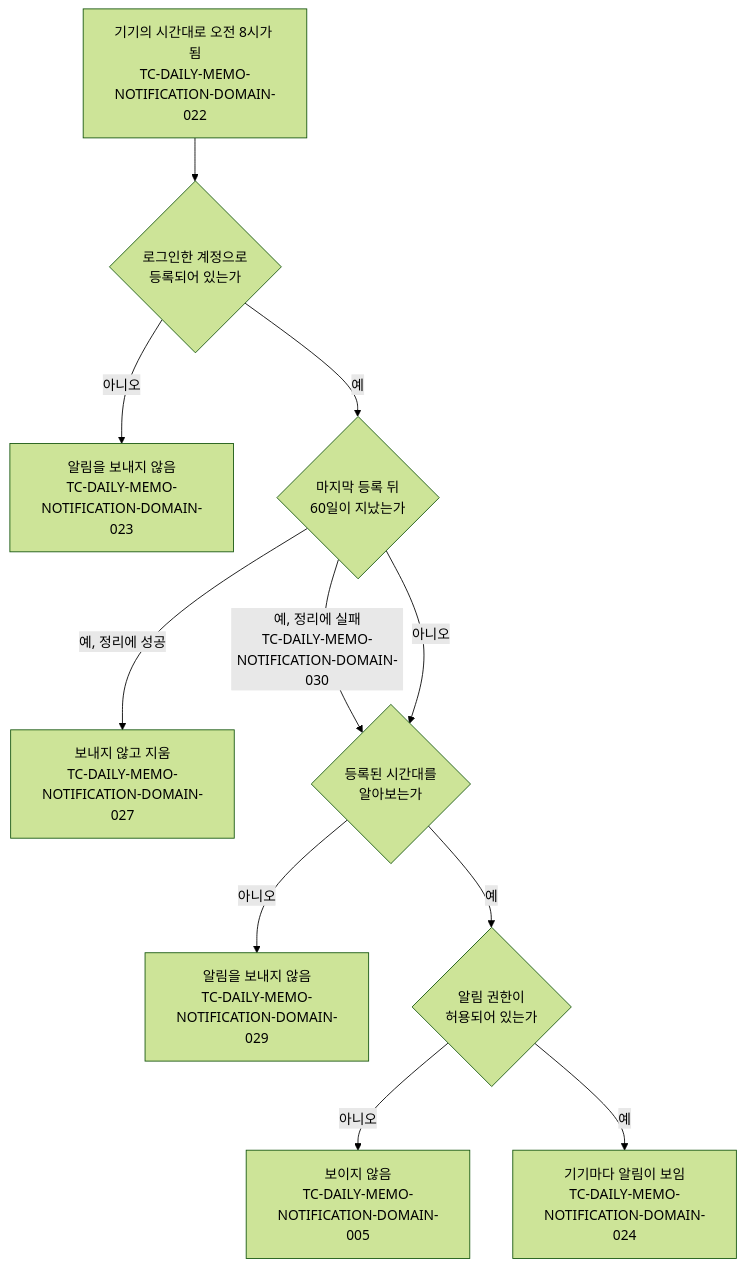
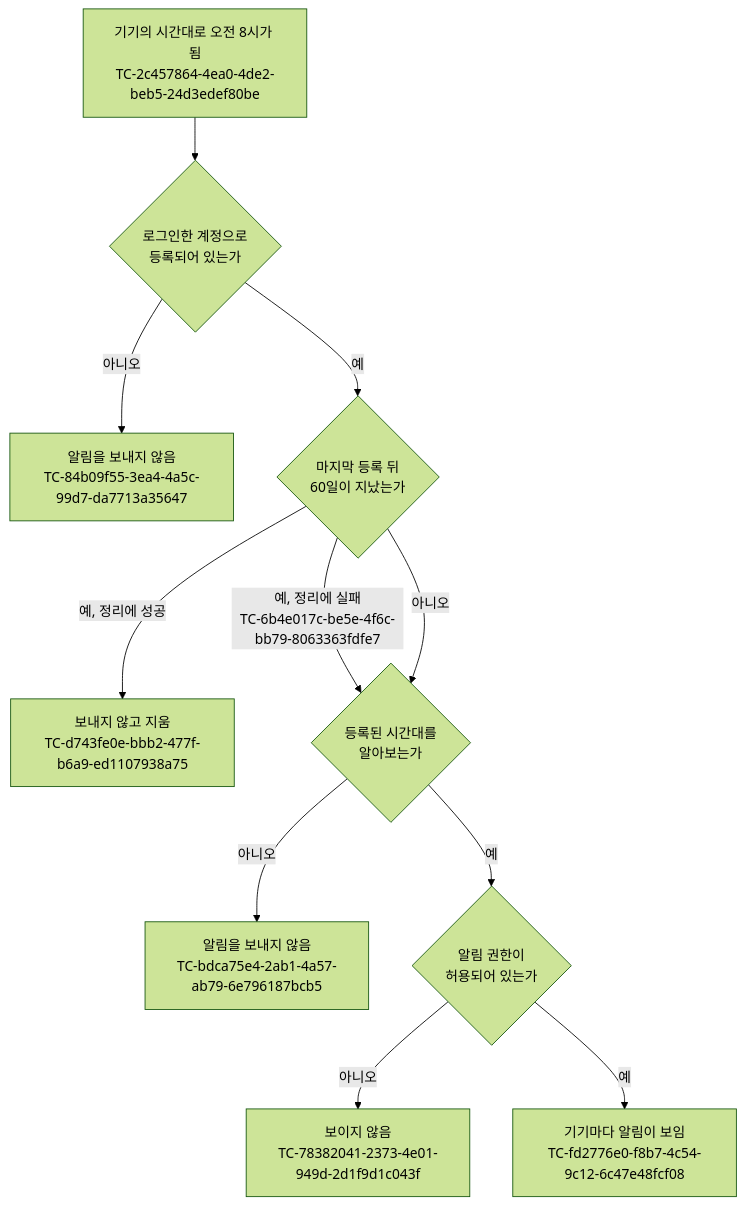
Before and after one commit to taetae98coding/DiaryKMP: the second of 2 diagrams in docs/testcase/daily-memo-notification.md, drawn with Mermaid (forest theme). The commit also changed other lines of this file and 1177 other files, not shown here.

````diff
--- a/docs/testcase/daily-memo-notification.md
+++ b/docs/testcase/daily-memo-notification.md
@@ -141,13 +141,13 @@
 ```mermaid
 flowchart TD
-    Start["기기의 시간대로 오전 8시가 됨<br/>TC-DAILY-MEMO-NOTIFICATION-DOMAIN-022"] --> Registered{"로그인한 계정으로<br/>등록되어 있는가"}
-    Registered -- 아니오 --> Skip["알림을 보내지 않음<br/>TC-DAILY-MEMO-NOTIFICATION-DOMAIN-023"]
+    Start["기기의 시간대로 오전 8시가 됨<br/>TC-2c457864-4ea0-4de2-beb5-24d3edef80be"] --> Registered{"로그인한 계정으로<br/>등록되어 있는가"}
+    Registered -- 아니오 --> Skip["알림을 보내지 않음<br/>TC-84b09f55-3ea4-4a5c-99d7-da7713a35647"]
     Registered -- 예 --> Stale{"마지막 등록 뒤<br/>60일이 지났는가"}
-    Stale -- "예, 정리에 성공" --> Purge["보내지 않고 지움<br/>TC-DAILY-MEMO-NOTIFICATION-DOMAIN-027"]
-    Stale -- "예, 정리에 실패<br/>TC-DAILY-MEMO-NOTIFICATION-DOMAIN-030" --> Zone
+    Stale -- "예, 정리에 성공" --> Purge["보내지 않고 지움<br/>TC-d743fe0e-bbb2-477f-b6a9-ed1107938a75"]
+    Stale -- "예, 정리에 실패<br/>TC-6b4e017c-be5e-4f6c-bb79-8063363fdfe7" --> Zone
     Stale -- 아니오 --> Zone{"등록된 시간대를<br/>알아보는가"}
-    Zone -- 아니오 --> ZoneSkip["알림을 보내지 않음<br/>TC-DAILY-MEMO-NOTIFICATION-DOMAIN-029"]
+    Zone -- 아니오 --> ZoneSkip["알림을 보내지 않음<br/>TC-bdca75e4-2ab1-4a57-ab79-6e796187bcb5"]
     Zone -- 예 --> Permission{"알림 권한이<br/>허용되어 있는가"}
-    Permission -- 아니오 --> Hidden["보이지 않음<br/>TC-DAILY-MEMO-NOTIFICATION-DOMAIN-005"]
-    Permission -- 예 --> Notify["기기마다 알림이 보임<br/>TC-DAILY-MEMO-NOTIFICATION-DOMAIN-024"]
+    Permission -- 아니오 --> Hidden["보이지 않음<br/>TC-78382041-2373-4e01-949d-2d1f9d1c043f"]
+    Permission -- 예 --> Notify["기기마다 알림이 보임<br/>TC-fd2776e0-f8b7-4c54-9c12-6c47e48fcf08"]
 ```
````
